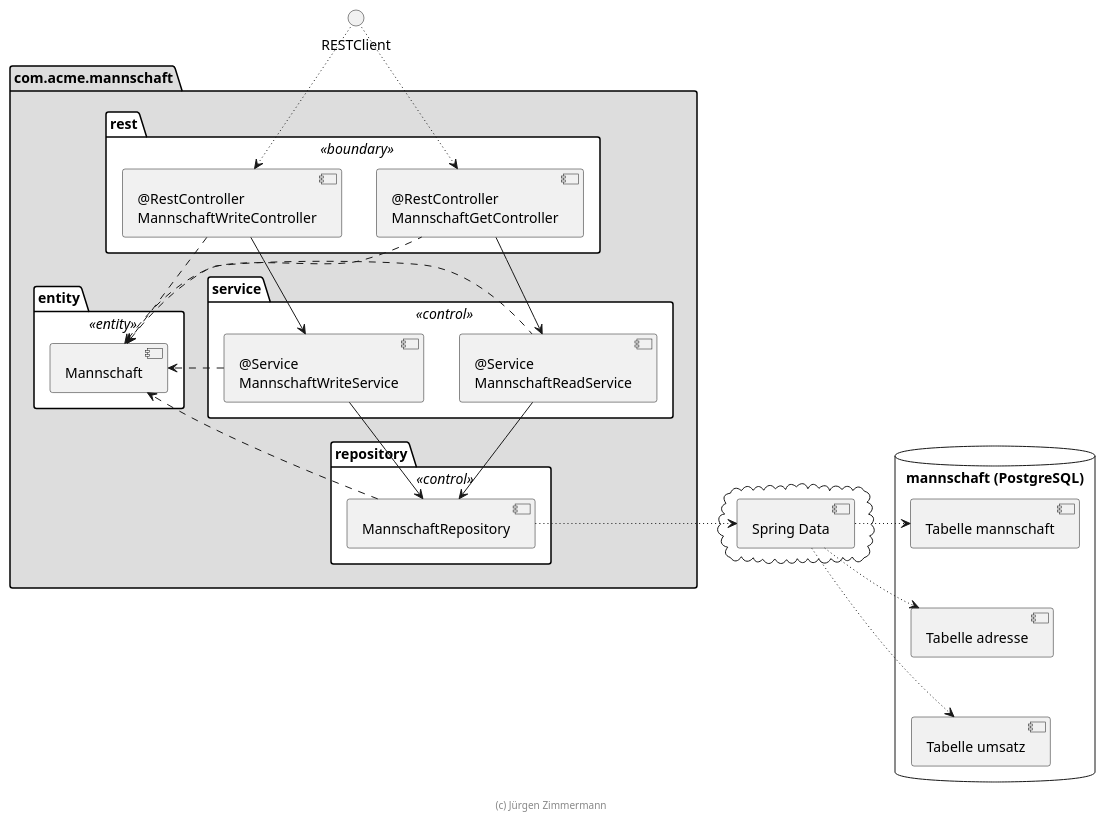
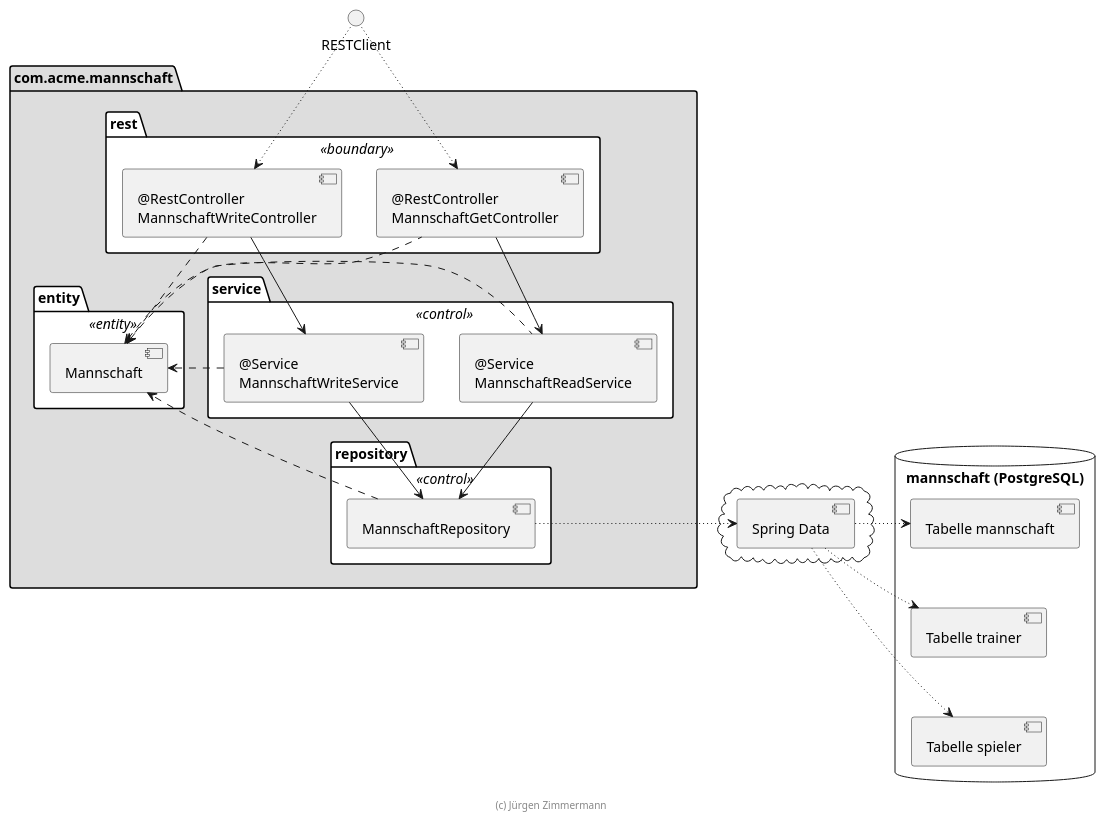
One commit to Snonons/mannschaftv2.1 changed the diagram in extras/doc/komponenten.plantuml. Above: the diagram before and after it, drawn with PlantUML. The commit also changed other lines of this file and 51 other files, not shown here.

```diff
--- a/extras/doc/komponenten.plantuml
+++ b/extras/doc/komponenten.plantuml
@@ -15,57 +1,57 @@
 @startuml Komponenten
 
 package com.acme.mannschaft #DDDDDD {
     package rest <<boundary>> #FFFFFF {
         [@RestController\nMannschaftGetController] as MannschaftGetController
         [@RestController\nMannschaftWriteController] as MannschaftWriteController
     }
 
     package service <<control>> #FFFFFF {
         [@Service\nMannschaftReadService] as MannschaftReadService
         [@Service\nMannschaftWriteService] as MannschaftWriteService
     }
 
     package repository <<control>> #FFFFFF {
         [MannschaftRepository]
     }
 
     package entity <<entity>> #FFFFFF {
         [Mannschaft]
     }
 }
 
 cloud {
     [Spring Data]
 }
 
 database "mannschaft (PostgreSQL)" {
     [Tabelle mannschaft]
-    [Tabelle umsatz]
-    [Tabelle adresse]
+    [Tabelle spieler]
+    [Tabelle trainer]
 
-    [Tabelle mannschaft] -[hidden]-> [Tabelle adresse]
-    [Tabelle adresse] -[hidden]-> [Tabelle umsatz]
+    [Tabelle mannschaft] -[hidden]-> [Tabelle trainer]
+    [Tabelle trainer] -[hidden]-> [Tabelle spieler]
 }
 
 RESTClient ~~> [MannschaftGetController]
 RESTClient ~~> [MannschaftWriteController]
 
 [MannschaftGetController] --> [MannschaftReadService]
 [MannschaftWriteController] --> [MannschaftWriteService]
 [MannschaftReadService] --> [MannschaftRepository]
 [MannschaftWriteService] --> [MannschaftRepository]
 
 [MannschaftGetController] .left.> [Mannschaft]
 [MannschaftWriteController] ..> [Mannschaft]
 [MannschaftReadService] .left.> [Mannschaft]
 [MannschaftWriteService] ..> [Mannschaft]
 [MannschaftRepository] ..> [Mannschaft]
 
 [MannschaftRepository] ~right~> [Spring Data]
 [Spring Data] ~right~> [Tabelle mannschaft]
-[Spring Data] ~~> [Tabelle adresse]
-[Spring Data] ~~> [Tabelle umsatz]
+[Spring Data] ~~> [Tabelle trainer]
+[Spring Data] ~~> [Tabelle spieler]
 
 footer (c) Jürgen Zimmermann
 
 @enduml
```
